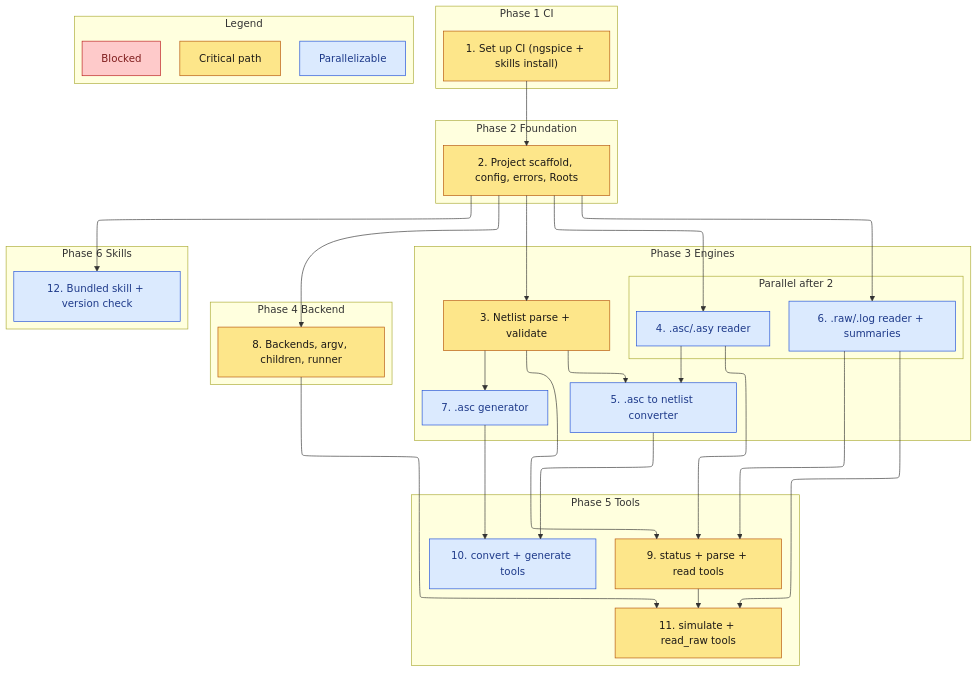
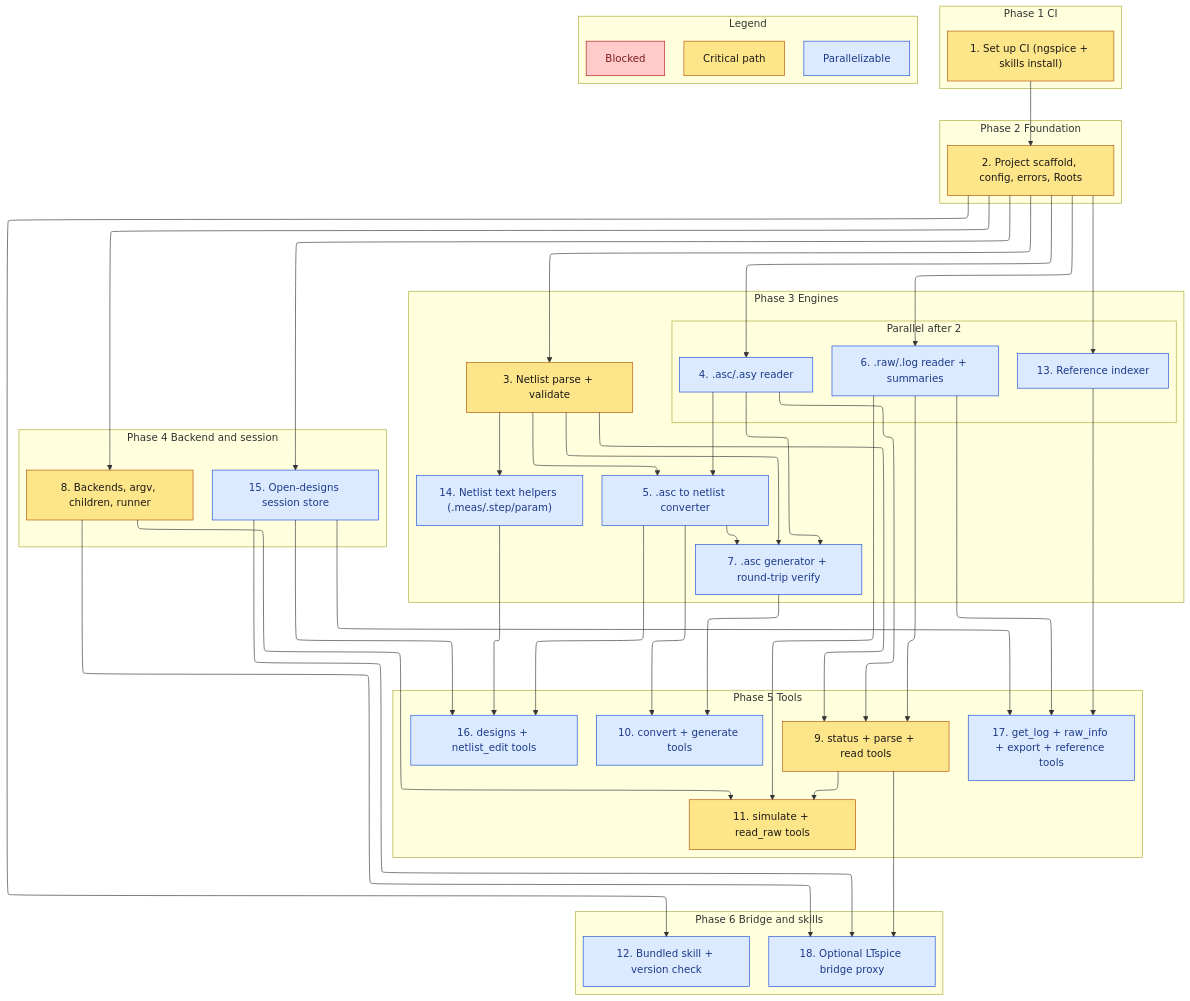
Before and after one commit to sohampatwardhan/openspice-mcp: the diagram in .kiro/specs/openspice-mcp/tasks.md, drawn with Mermaid. The commit also changed other lines of this file and 4 other files, not shown here.

First line of the commit message:
docs(spec): add LTspice MCP parity, bridge delegation, and platform notes

```diff
--- a/.kiro/specs/openspice-mcp/tasks.md
+++ b/.kiro/specs/openspice-mcp/tasks.md
@@ -23,19 +23,25 @@
     subgraph parallel3 [Parallel after 2]
       t4["4. .asc/.asy reader"]
       t6["6. .raw/.log reader + summaries"]
+      t13["13. Reference indexer"]
     end
     t5["5. .asc to netlist converter"]
-    t7["7. .asc generator"]
+    t7["7. .asc generator + round-trip verify"]
+    t14["14. Netlist text helpers (.meas/.step/param)"]
   end
-  subgraph phase4 [Phase 4 Backend]
+  subgraph phase4 [Phase 4 Backend and session]
     t8["8. Backends, argv, children, runner"]
+    t15["15. Open-designs session store"]
   end
   subgraph phase5 [Phase 5 Tools]
     t9["9. status + parse + read tools"]
     t10["10. convert + generate tools"]
     t11["11. simulate + read_raw tools"]
+    t16["16. designs + netlist_edit tools"]
+    t17["17. get_log + raw_info + export + reference tools"]
   end
-  subgraph phase6 [Phase 6 Skills]
+  subgraph phase6 [Phase 6 Bridge and skills]
+    t18["18. Optional LTspice bridge proxy"]
     t12["12. Bundled skill + version check"]
   end
   subgraph legend [Legend]
@@ -47,10 +53,15 @@
   t2 --> t3
   t2 --> t4
   t2 --> t6
+  t2 --> t13
   t3 --> t5
   t4 --> t5
   t3 --> t7
+  t4 --> t7
+  t5 --> t7
+  t3 --> t14
   t2 --> t8
+  t2 --> t15
   t3 --> t9
   t4 --> t9
   t6 --> t9
@@ -59,12 +70,21 @@
   t8 --> t11
   t9 --> t11
   t6 --> t11
+  t15 --> t16
+  t14 --> t16
+  t5 --> t16
+  t6 --> t17
+  t13 --> t17
+  t15 --> t17
+  t8 --> t18
+  t15 --> t18
+  t9 --> t18
   t2 --> t12
   classDef critical fill:#fde68a,stroke:#b45309,color:#1c1917
   classDef parallel fill:#dbeafe,stroke:#1d4ed8,color:#1e3a8a
   classDef blocked fill:#fecaca,stroke:#b91c1c,color:#7f1d1d
   class t1,t2,t3,t8,t9,t11 critical
-  class t4,t5,t6,t7,t10,t12 parallel
+  class t4,t5,t6,t7,t10,t12,t13,t14,t15,t16,t17,t18 parallel
   class legCrit critical
   class legPar parallel
   class legBlock blocked
```
